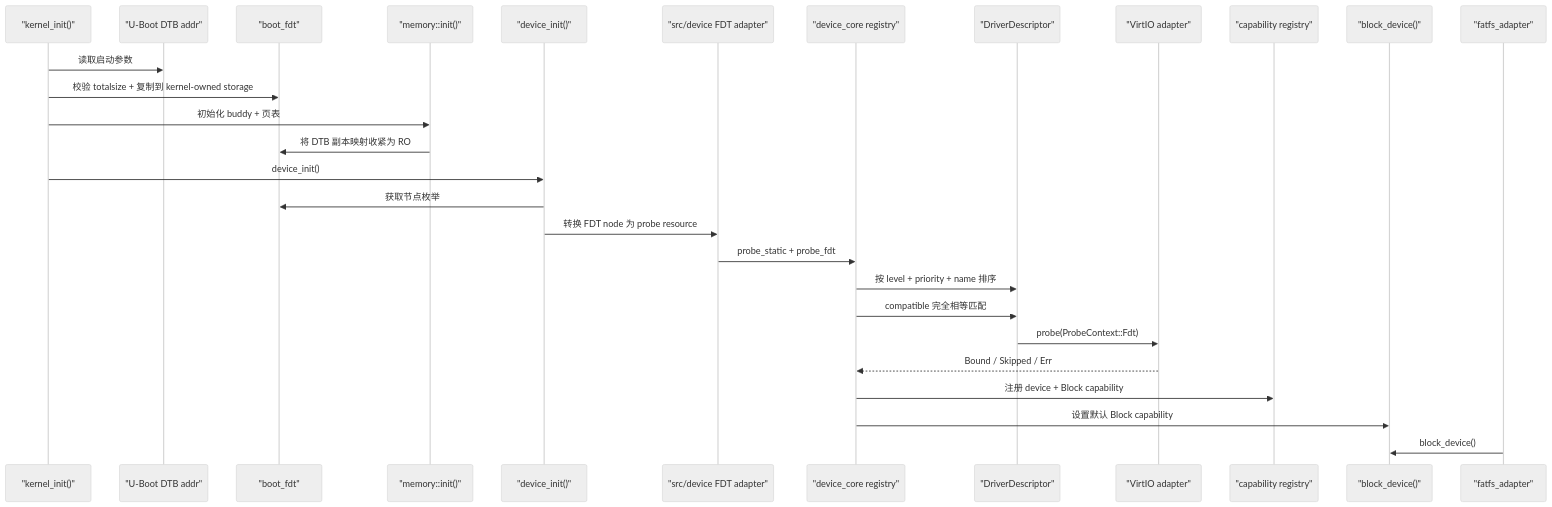
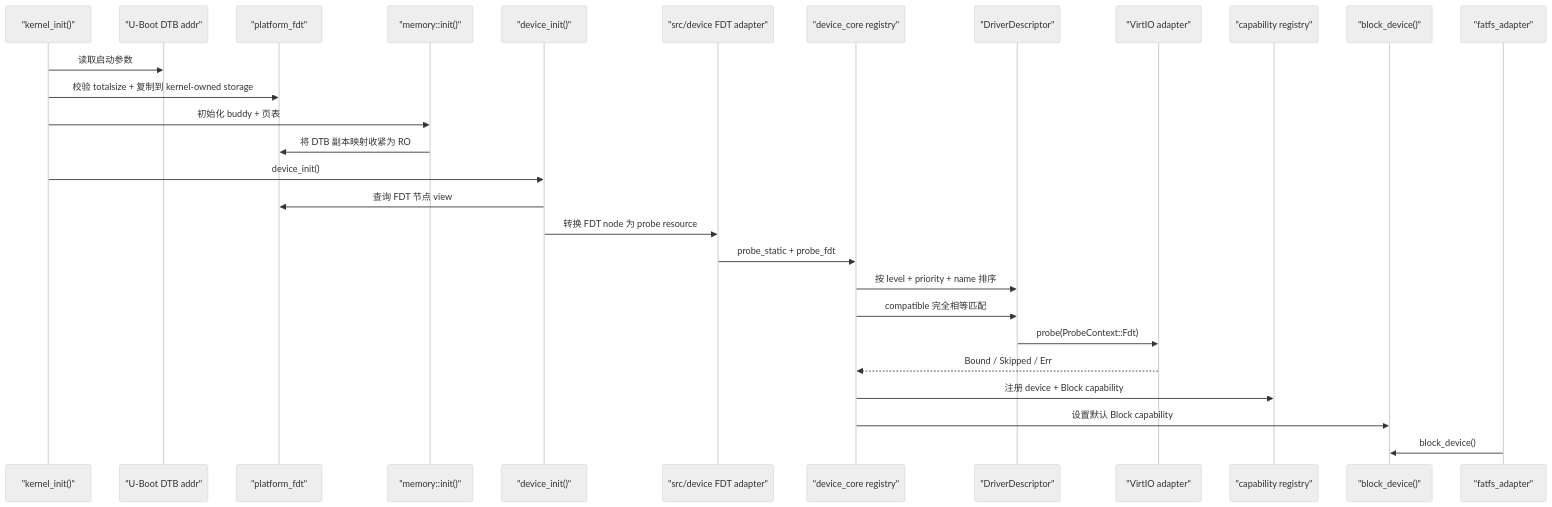
Before and after one commit to MRNIU/SimpleKernel: the second of 2 diagrams in docs/design/device-d2-driver-descriptor-probe.md, drawn with Mermaid (neutral theme). The commit also changed other lines of this file and 55 other files, not shown here.

First line of the commit message:
refactor(platform): split platform FDT and arch primitives

````diff
--- a/docs/design/device-d2-driver-descriptor-probe.md
+++ b/docs/design/device-d2-driver-descriptor-probe.md
@@ -175,31 +177,31 @@
 ```mermaid
 sequenceDiagram
   participant Boot as "kernel_init()"
   participant RawDtb as "U-Boot DTB addr"
-  participant BootFdt as "boot_fdt"
+  participant PlatformFdt as "platform_fdt"
   participant Memory as "memory::init()"
   participant Device as "device_init()"
   participant Adapter as "src/device FDT adapter"
   participant Core as "device_core registry"
   participant Desc as "DriverDescriptor"
   participant Virtio as "VirtIO adapter"
   participant Capability as "capability registry"
   participant Block as "block_device()"
   participant Fs as "fatfs_adapter"
 
   Boot->>RawDtb: 读取启动参数
-  Boot->>BootFdt: 校验 totalsize + 复制到 kernel-owned storage
+  Boot->>PlatformFdt: 校验 totalsize + 复制到 kernel-owned storage
   Boot->>Memory: 初始化 buddy + 页表
-  Memory->>BootFdt: 将 DTB 副本映射收紧为 RO
+  Memory->>PlatformFdt: 将 DTB 副本映射收紧为 RO
   Boot->>Device: device_init()
-  Device->>BootFdt: 获取节点枚举
+  Device->>PlatformFdt: 查询 FDT 节点 view
   Device->>Adapter: 转换 FDT node 为 probe resource
   Adapter->>Core: probe_static + probe_fdt
   Core->>Desc: 按 level + priority + name 排序
   Core->>Desc: compatible 完全相等匹配
   Desc->>Virtio: probe(ProbeContext::Fdt)
   Virtio-->>Core: Bound / Skipped / Err
   Core->>Capability: 注册 device + Block capability
   Core->>Block: 设置默认 Block capability
   Fs->>Block: block_device()
 ```
````
